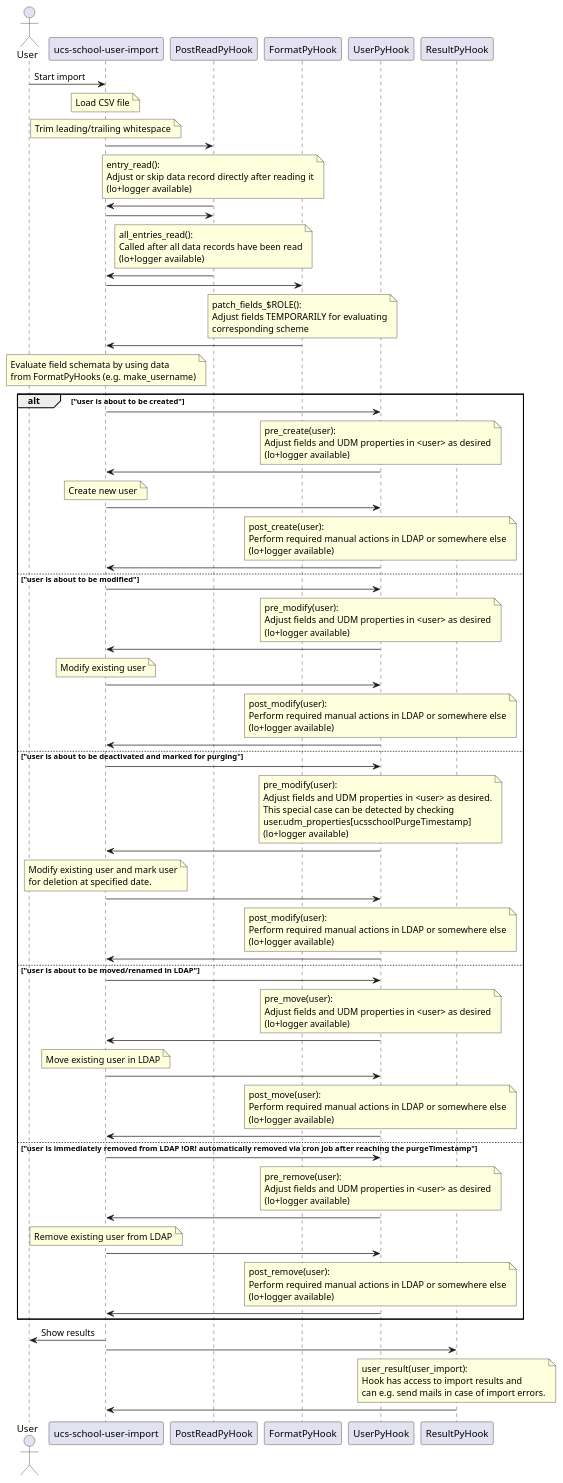
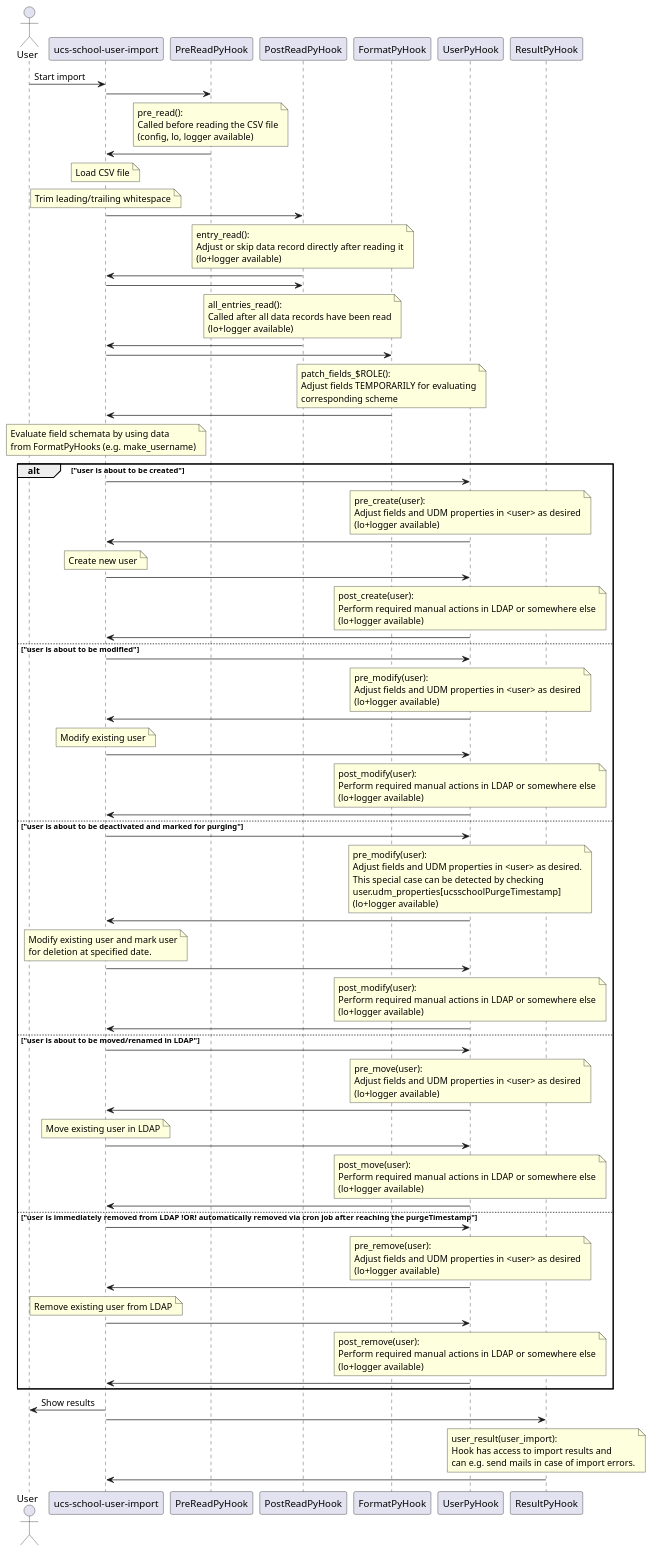
Before and after one commit to univention/ucsschool-kelvin-rest-api: the diagram in ucs-school-import/usr/share/doc/ucs-school-import-http-api/plantuml/import-pyhooks.md, drawn with PlantUML.

Commit message:
Bug #48188: add PreReadPyHook to hook sequence diagram

```diff
--- a/ucs-school-import/usr/share/doc/ucs-school-import-http-api/plantuml/import-pyhooks.md
+++ b/ucs-school-import/usr/share/doc/ucs-school-import-http-api/plantuml/import-pyhooks.md
@@ -1,14 +1,17 @@
 @startuml
 actor User
 participant "ucs-school-user-import"
+participant PreReadPyHook
 participant PostReadPyHook
 participant FormatPyHook
 participant UserPyHook
 participant ResultPyHook
 
 User -> "ucs-school-user-import": Start import
+"ucs-school-user-import" -> PreReadPyHook
+note over PreReadPyHook: pre_read():\nCalled before reading the CSV file\n(config, lo, logger available)
+PreReadPyHook -> "ucs-school-user-import"
 note over "ucs-school-user-import": Load CSV file
-
 note over "ucs-school-user-import": Trim leading/trailing whitespace
 
 "ucs-school-user-import" -> PostReadPyHook
```
